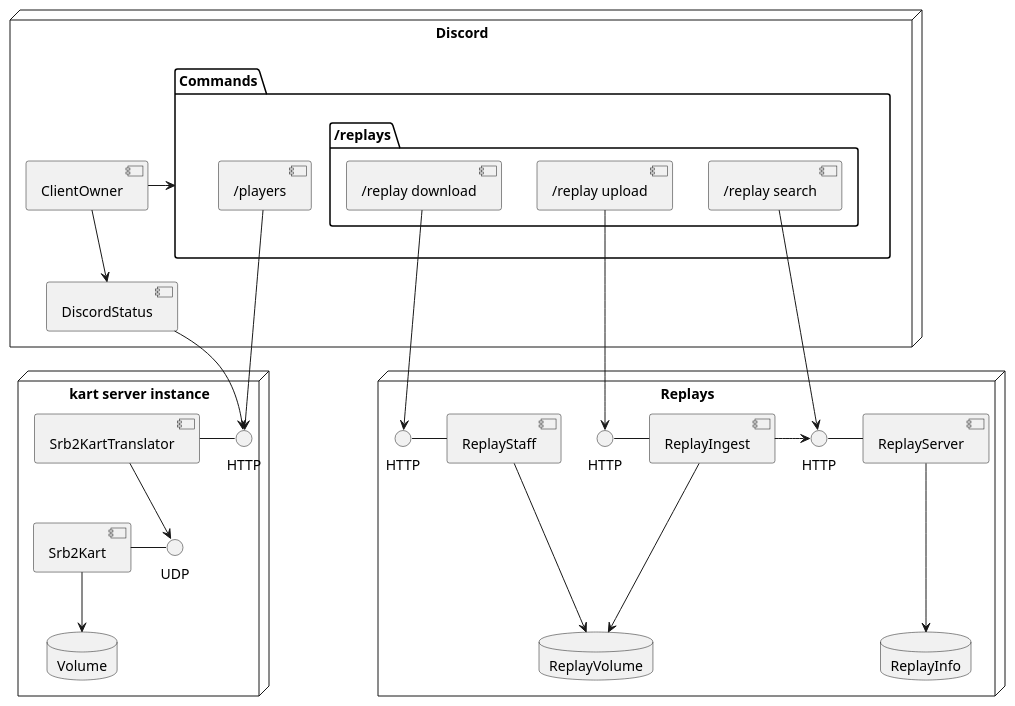
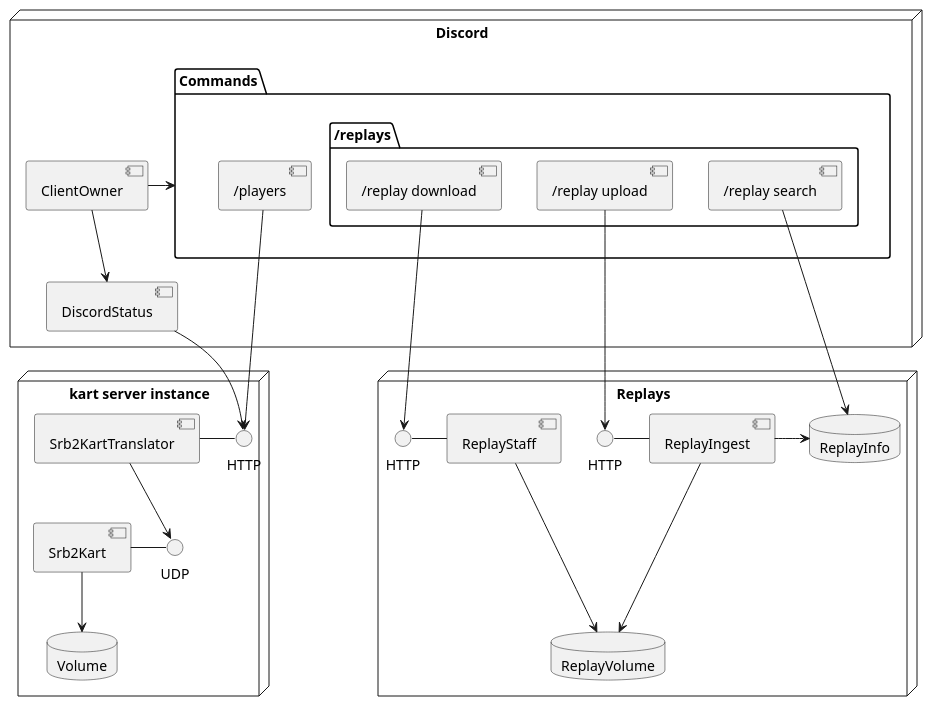
One commit to formulabun/architecture changed the diagram in topLevel.puml. Above: the diagram before and after it, drawn with PlantUML. The commit also changed 1 other file, not shown here.

Commit message:
remove interface before replay info database

```diff
--- a/topLevel.puml
+++ b/topLevel.puml
@@ -1,93 +1,90 @@
 @startuml
 node "kart server instance" {
   interface HTTP as ServerInfoHTTP
   interface UDP as ServerInfoUDP
 
   database Volume
 
   [Srb2Kart] - ServerInfoUDP
   [Srb2KartTranslator] - ServerInfoHTTP
 
   Srb2KartTranslator --> ServerInfoUDP
 
   Srb2Kart --> Volume
 }
 
 node "Replays" {
-  interface HTTP as ReplayInfoHTTP
+  database ReplayInfo
+  database ReplayVolume
+
   interface HTTP as ReplayUploadHTTP
   interface HTTP as ReplayStaffHTTP
 
-  [ReplayServer] -left- ReplayInfoHTTP
   [ReplayIngest] -left- ReplayUploadHTTP
   [ReplayStaff] -left- ReplayStaffHTTP
 
-  database ReplayInfo
-  database ReplayVolume
-
-  ReplayServer ---> ReplayInfo
-  ReplayIngest --right-> ReplayInfoHTTP
+  ReplayIngest --right-> ReplayInfo
 
   ReplayIngest ---> ReplayVolume
   ReplayStaff ---> ReplayVolume
 }
 
 node Discord {
   [ClientOwner]
   [DiscordStatus] 
 
   package Commands {
     [/players] ---> ServerInfoHTTP
 
     package "/replays" {
       [/replay download] ---> ReplayStaffHTTP
       [/replay upload] ---> ReplayUploadHTTP
-      [/replay search] ---> ReplayInfoHTTP
+      [/replay search] ---> ReplayInfo
     }
   }
 
   DiscordStatus -up-> ServerInfoHTTP 
 
   ClientOwner -right-> Commands
   ClientOwner --> DiscordStatus
 }
 
 ' Works in Progres
 /'
 node Website {
   [StatusUI] -->  ServerInfoHTTP
   [AddonUI] --> AddonCRUDHTTP
 }
 '/
 
 /'
 node "Command Line" {
   package "CLI Commands" {
     [cli Status]
     [cli Addons]
     [cli Server Instance]
 
     [cli Status] --> ServerInfoHTTP
     [cli Addons] --> AddonCRUDHTTP
     [cli Server Instance]
   }
 }
 '/
 
 /'
 node "Instance Management TODO" {
 }
 '/
 
 /'
 node "Addon Management" {
   interface HTTP as AddonCRUDHTTP
   [AddonCRUD] - AddonCRUDHTTP
 
   database AddonMetadata
 
   AddonCRUD --> AddonMetadata
 }
 '/
 
 @enduml
```
